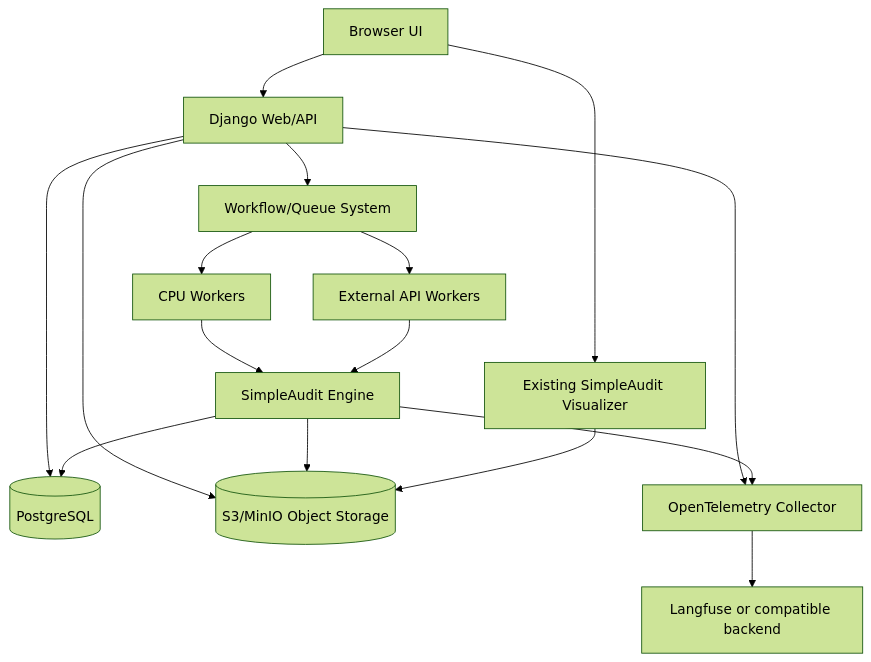
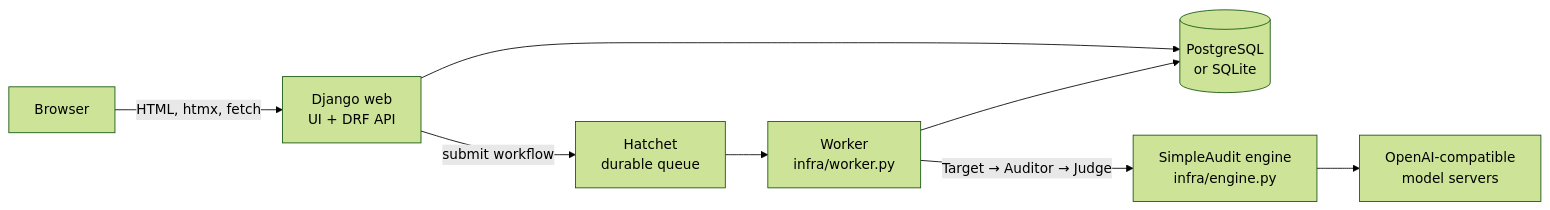
Before and after one commit to SimulaMet/SimpleAuditStudio: the diagram in docs/architecture.md, drawn with Mermaid (forest theme). The commit also changed other lines of this file and 97 other files, not shown here.

````diff
--- a/docs/architecture.md
+++ b/docs/architecture.md
@@ -35,18 +14,10 @@
 ```mermaid
-flowchart TD
-    Browser[Browser UI] --> Web[Django Web/API]
-    Web --> PG[(PostgreSQL)]
-    Web --> Obj[(S3/MinIO Object Storage)]
-    Web --> WF[Workflow/Queue System]
-    WF --> CPU[CPU Workers]
-    WF --> APIWorkers[External API Workers]
-    CPU --> SA[SimpleAudit Engine]
-    APIWorkers --> SA
-    SA --> Obj
-    SA --> PG
-    Web --> OTEL[OpenTelemetry Collector]
-    SA --> OTEL
-    OTEL --> LF[Langfuse or compatible backend]
-    Browser --> Viz[Existing SimpleAudit Visualizer]
-    Viz --> Obj
+flowchart LR
+    Browser -->|HTML, htmx, fetch| Web[Django web<br/>UI + DRF API]
+    Web --> DB[(PostgreSQL<br/>or SQLite)]
+    Web -->|submit workflow| Hatchet[Hatchet<br/>durable queue]
+    Hatchet --> Worker[Worker<br/>infra/worker.py]
+    Worker -->|Target → Auditor → Judge| Engine[SimpleAudit engine<br/>infra/engine.py]
+    Engine --> Models[OpenAI-compatible<br/>model servers]
+    Worker --> DB
 ```
````
